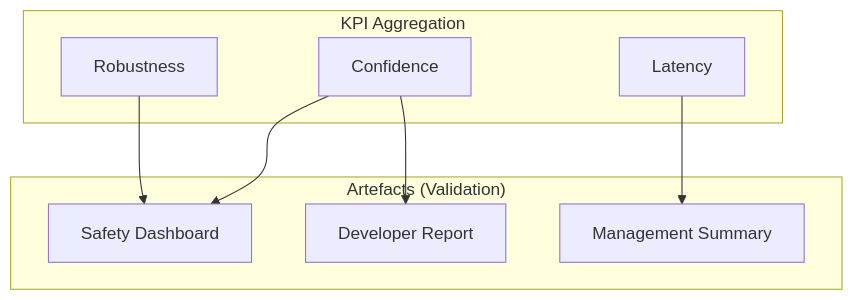
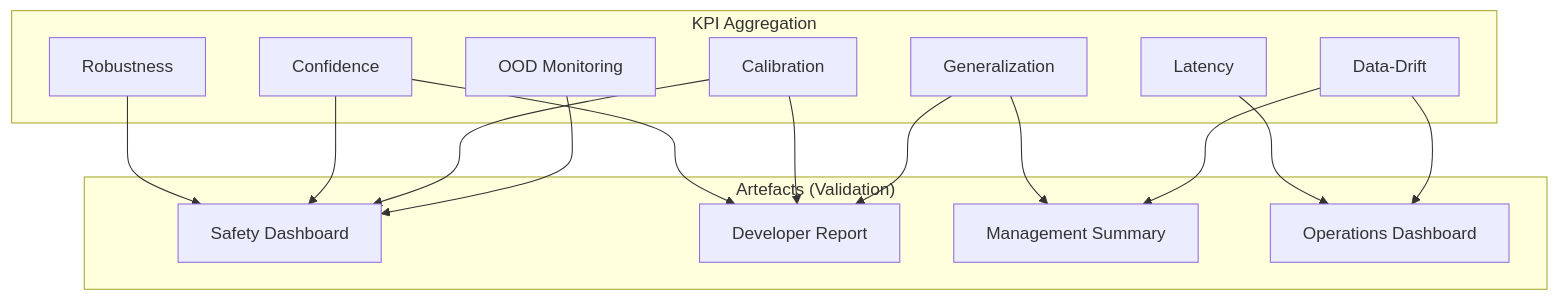
Before and after one commit to JibLC/TP_composant_IA: the first of 2 diagrams in docs/artefacts/index.md, drawn with Mermaid. The commit also changed other lines of this file and 3 other files, not shown here.

````diff
--- a/docs/artefacts/index.md
+++ b/docs/artefacts/index.md
@@ -30,19 +67,31 @@
 ```mermaid
 graph TD
     subgraph "KPI Aggregation"
         K1[Robustness]
         K2[Confidence]
         K3[Latency]
+        K4[Calibration]
+        K5[OOD Monitoring]
+        K6[Generalization]
+        K7[Data-Drift]
     end
 
     subgraph "Artefacts (Validation)"
         A1[Safety Dashboard]
         A2[Developer Report]
         A3[Management Summary]
+        A4[Operations Dashboard]
     end
 
     K1 --> A1
     K2 --> A1
     K2 --> A2
-    K3 --> A3
+    K3 --> A4
+    K4 --> A1
+    K4 --> A2
+    K5 --> A1
+    K6 --> A2
+    K6 --> A3
+    K7 --> A4
+    K7 --> A3
 ```
````
